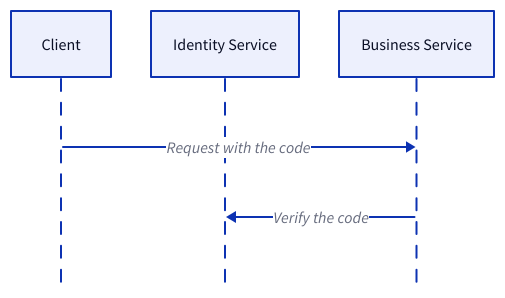
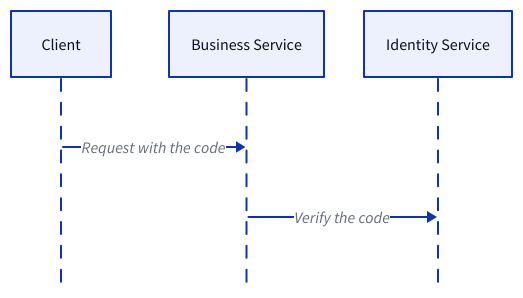
Before and after one commit to link1905/system-design-101: the second of 26 diagrams in content/docs/system-administration/system-protection/iam.md, drawn with D2. The commit also changed other lines of this file and 49 other files, not shown here.

````diff
--- a/content/docs/system-administration/system-protection/iam.md
+++ b/content/docs/system-administration/system-protection/iam.md
@@ -57,15 +54,14 @@
 ```d2
 shape: sequence_diagram
 c: Client {
   class: client
 }
+b: Business Service {
+  class: server
+}
 s: Identity Service {
   class: server
 }
-b: Business Service {
-  class: server
-}
-
 c -> b: Request with the code
 b -> s: Verify the code
 ```
````
